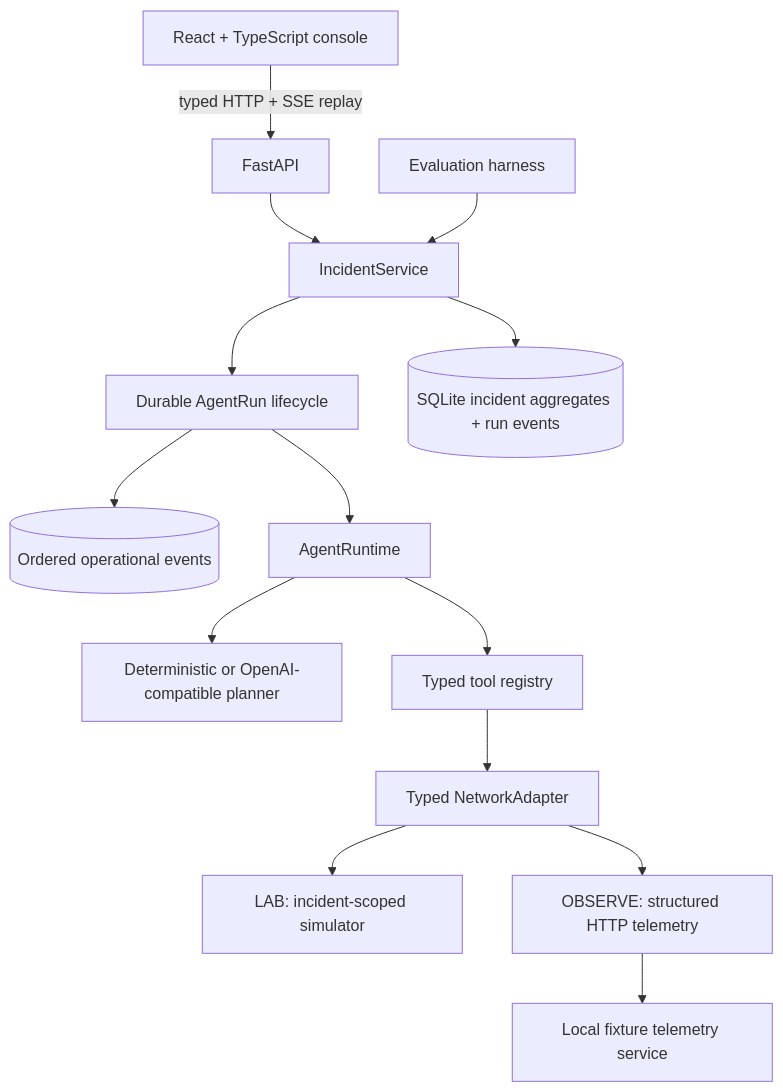
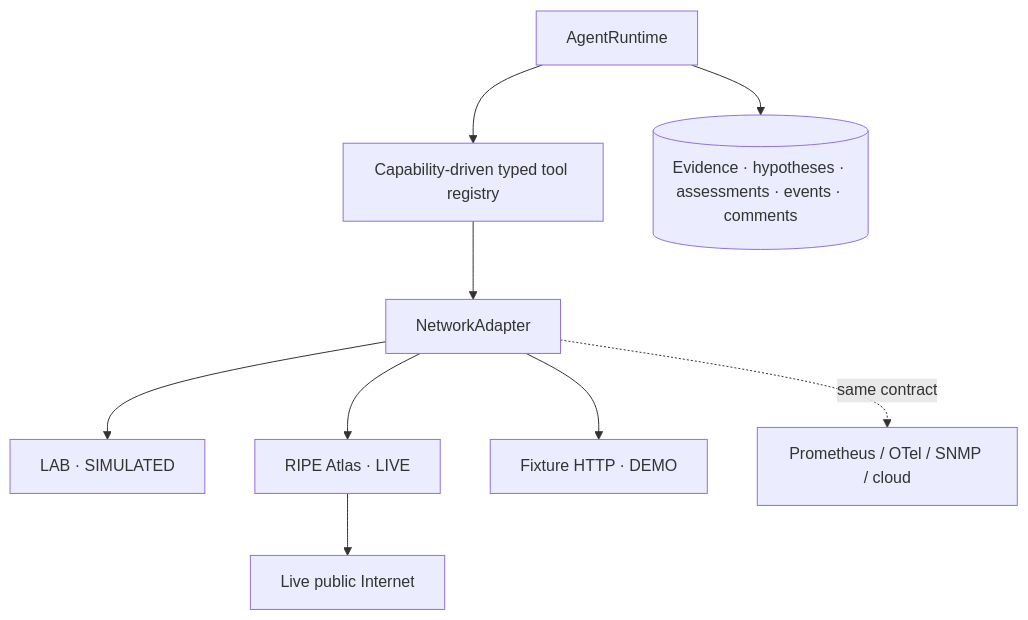
One commit to riti-singh/Relay changed the second of 2 diagrams in README.md. Above: the diagram before and after it, drawn with Mermaid. The commit also changed other lines of this file and 24 other files, not shown here.

Commit message:
Implement interchangeable live agent investigations

````diff
--- a/README.md
+++ b/README.md
@@ -41,16 +41,11 @@
 ```mermaid
 flowchart TB
- UI[React + TypeScript console] -->|typed HTTP + SSE replay| API[FastAPI]
- API --> SERVICE[IncidentService]
- SERVICE --> RUNS[Durable AgentRun lifecycle]
- RUNS --> EVENTS[(Ordered operational events)]
- RUNS --> RUNTIME[AgentRuntime]
- RUNTIME --> PLANNER[Deterministic or OpenAI-compatible planner]
- RUNTIME --> REGISTRY[Typed tool registry]
- REGISTRY --> ADAPTER[Typed NetworkAdapter]
- ADAPTER --> SIM[LAB: incident-scoped simulator]
- ADAPTER --> HTTP[OBSERVE: structured HTTP telemetry]
- HTTP --> FIXTURE[Local fixture telemetry service]
- SERVICE --> DB[(SQLite incident aggregates + run events)]
- EVAL[Evaluation harness] --> SERVICE
+ RUNTIME[AgentRuntime] --> REGISTRY[Capability-driven typed tool registry]
+ REGISTRY --> ADAPTER[NetworkAdapter]
+ ADAPTER --> LAB[LAB · SIMULATED]
+ ADAPTER --> RIPE[RIPE Atlas · LIVE]
+ ADAPTER --> HTTP[Fixture HTTP · DEMO]
+ ADAPTER -. same contract .-> FUTURE[Prometheus / OTel / SNMP / cloud]
+ RIPE --> INTERNET[Live public Internet]
+ RUNTIME --> STATE[(Evidence · hypotheses · assessments · events · comments)]
 ```
````
